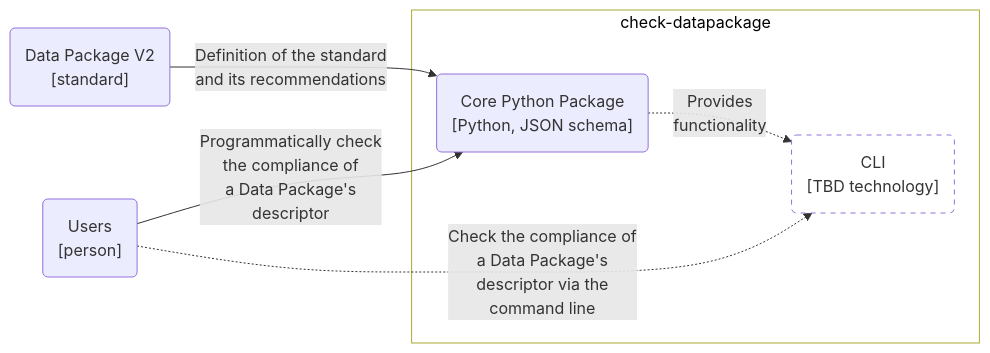
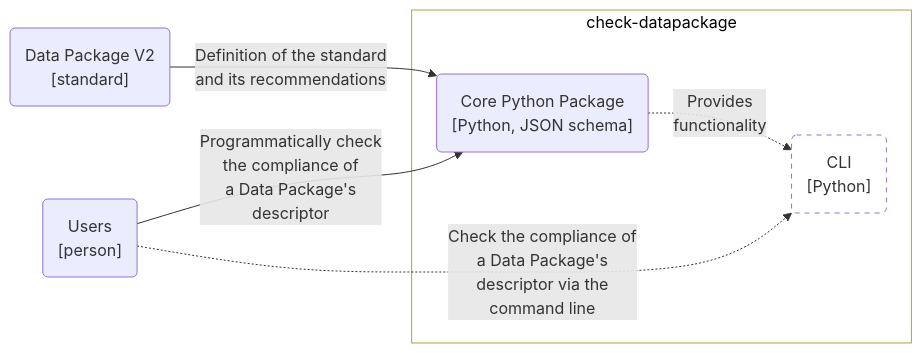
Before and after one commit to seedcase-project/check-datapackage: the second of 2 diagrams in docs/design/architecture.qmd, drawn with Mermaid.

Commit message:
docs: :memo: add Python as CLI technology

````diff
--- a/docs/design/architecture.qmd
+++ b/docs/design/architecture.qmd
@@ -124,23 +124,23 @@
 ```{mermaid}
 %%| label: fig-c4-container
 %%| fig-cap: "C4 container diagram showing the core Python package in `check-datapackage` and the future command line interface (displayed dashed)."
 flowchart LR
 
     users("Users<br>[person]")
     dp_standard("Data Package V2<br>[standard]")
 
     subgraph "check-datapackage"
         python("Core Python Package<br>[Python, JSON schema]")
-        cli("CLI<br>[TBD technology]")
+        cli("CLI<br>[Python]")
 
     python -. "Provides<br>functionality" .-> cli
     end
 
     dp_standard --"Definition of the standard<br>and its recommendations"--> python
     users --"Programmatically check<br>the compliance of<br>a Data Package's<br>descriptor"--> python
     users -. "Check the compliance of<br>a Data Package's<br>descriptor via the<br>command line" .-> cli
 
     %% Styling
     style check-datapackage fill:#FFFFFF, color:#000000
     style cli fill:#FFFFFF, stroke-dasharray: 5 5
 ```
````
